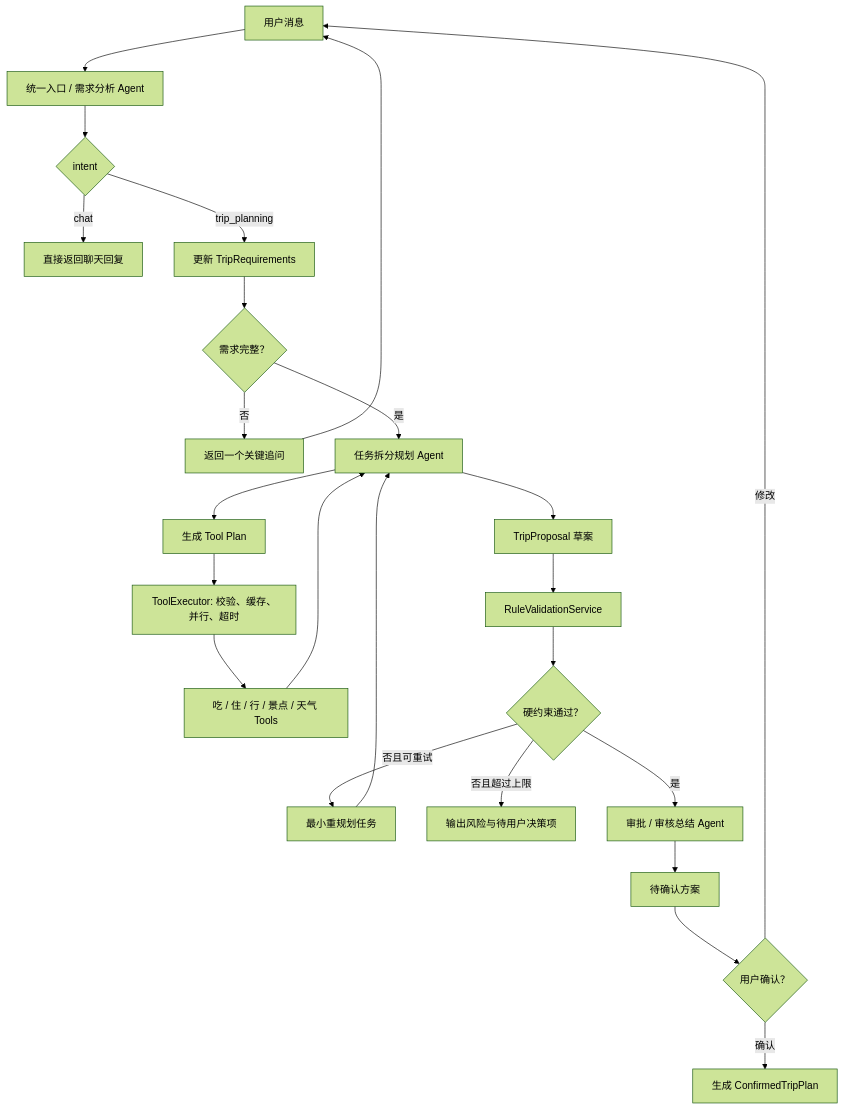
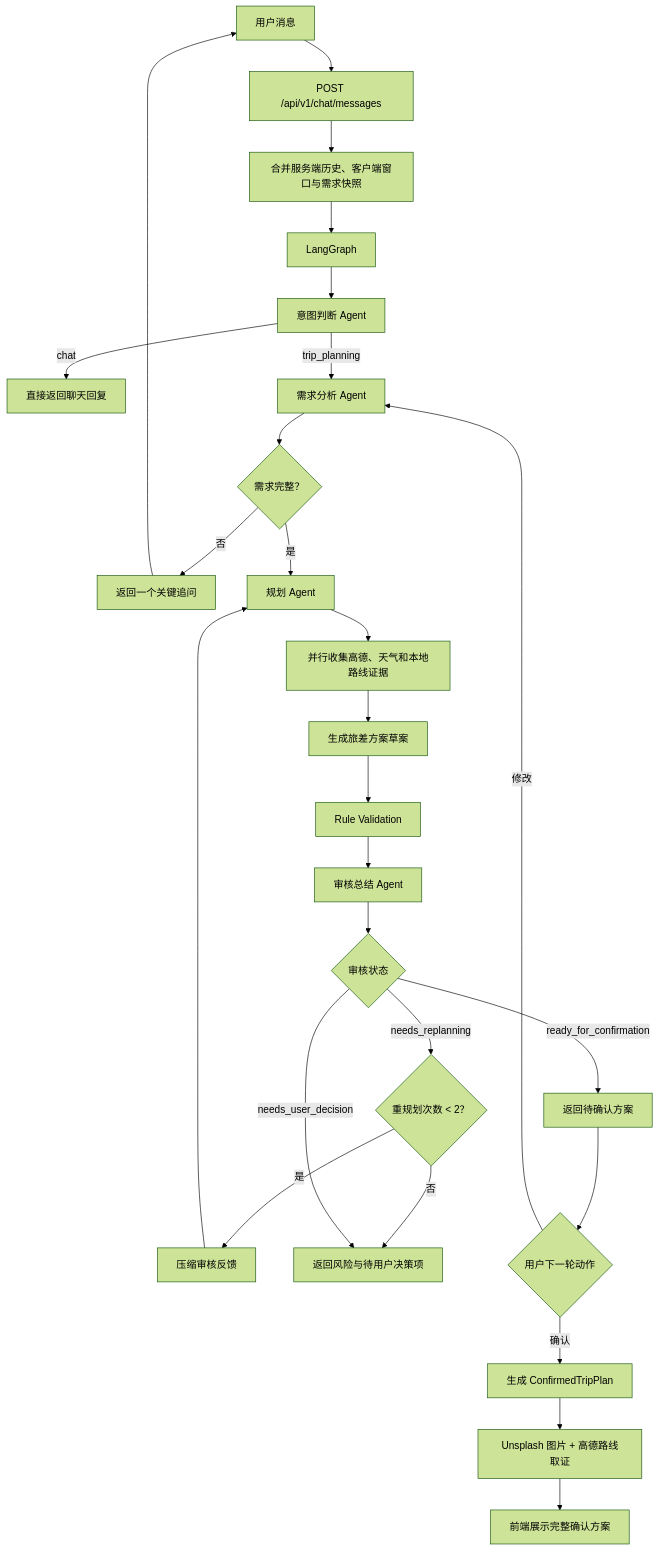
Before and after one commit to GuLu37/TripWeave: the first of 2 diagrams in README.md, drawn with Mermaid (forest theme). The commit also changed other lines of this file and 28 other files, not shown here.

````diff
--- a/README.md
+++ b/README.md
@@ -231,33 +25,29 @@
 ```mermaid
 flowchart TD
-    A["用户消息"] --> B["统一入口 / 需求分析 Agent"]
-    B --> C{"intent"}
-
-    C -- "chat" --> D["直接返回聊天回复"]
-
-    C -- "trip_planning" --> E["更新 TripRequirements"]
-    E --> F{"需求完整？"}
-    F -- "否" --> G["返回一个关键追问"]
-    G --> A
-
-    F -- "是" --> H["任务拆分规划 Agent"]
-    H --> I["生成 Tool Plan"]
-    I --> J["ToolExecutor: 校验、缓存、并行、超时"]
-    J --> K["吃 / 住 / 行 / 景点 / 天气 Tools"]
-    K --> H
-
-    H --> L["TripProposal 草案"]
-    L --> M["RuleValidationService"]
-    M --> N{"硬约束通过？"}
-
-    N -- "否且可重试" --> O["最小重规划任务"]
-    O --> H
-    N -- "否且超过上限" --> P["输出风险与待用户决策项"]
-
-    N -- "是" --> Q["审批 / 审核总结 Agent"]
-    Q --> R["待确认方案"]
-    R --> S{"用户确认？"}
-
-    S -- "修改" --> A
-    S -- "确认" --> T["生成 ConfirmedTripPlan"]
+    A["用户消息"] --> B["POST /api/v1/chat/messages"]
+    B --> C["合并服务端历史、客户端窗口与需求快照"]
+    C --> D["LangGraph"]
+    D --> E["意图判断 Agent"]
+    E -- "chat" --> F["直接返回聊天回复"]
+    E -- "trip_planning" --> G["需求分析 Agent"]
+    G --> H{"需求完整？"}
+    H -- "否" --> I["返回一个关键追问"]
+    I --> A
+    H -- "是" --> J["规划 Agent"]
+    J --> K["并行收集高德、天气和本地路线证据"]
+    K --> L["生成旅差方案草案"]
+    L --> M["Rule Validation"]
+    M --> N["审核总结 Agent"]
+    N --> O{"审核状态"}
+    O -- "ready_for_confirmation" --> P["返回待确认方案"]
+    O -- "needs_replanning" --> Q{"重规划次数 < 2？"}
+    Q -- "是" --> R["压缩审核反馈"]
+    R --> J
+    Q -- "否" --> S["返回风险与待用户决策项"]
+    O -- "needs_user_decision" --> S
+    P --> T{"用户下一轮动作"}
+    T -- "修改" --> G
+    T -- "确认" --> U["生成 ConfirmedTripPlan"]
+    U --> V["Unsplash 图片 + 高德路线取证"]
+    V --> W["前端展示完整确认方案"]
 ```
````
